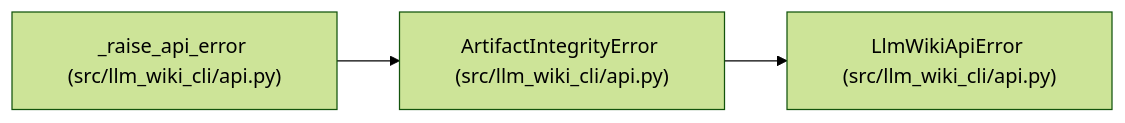
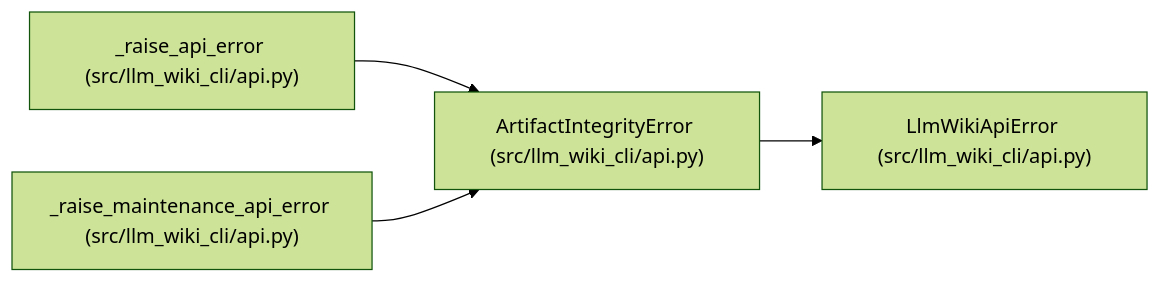
The diagram in docs/llm_wiki/entities/ArtifactIntegrityError.md (Denissvgn/python-wiki-llm), drawn with Mermaid (forest theme) before and after one commit. The commit also changed other lines of this file and 1410 other files, not shown here.

````diff
--- a/docs/llm_wiki/entities/ArtifactIntegrityError.md
+++ b/docs/llm_wiki/entities/ArtifactIntegrityError.md
@@ -23,11 +23,14 @@
 ```mermaid
 flowchart LR
     n0["ArtifactIntegrityError (src/llm_wiki_cli/api.py)"]
     n1["LlmWikiApiError (src/llm_wiki_cli/api.py)"]
     n2["_raise_api_error (src/llm_wiki_cli/api.py)"]
+    n3["_raise_maintenance_api_error (src/llm_wiki_cli/api.py)"]
     n0 --> n1
     n2 --> n0
+    n3 --> n0
     click n0 "../modules/api.md"
     click n1 "../modules/api.md"
     click n2 "../modules/api.md"
+    click n3 "../modules/api.md"
 ```
````
